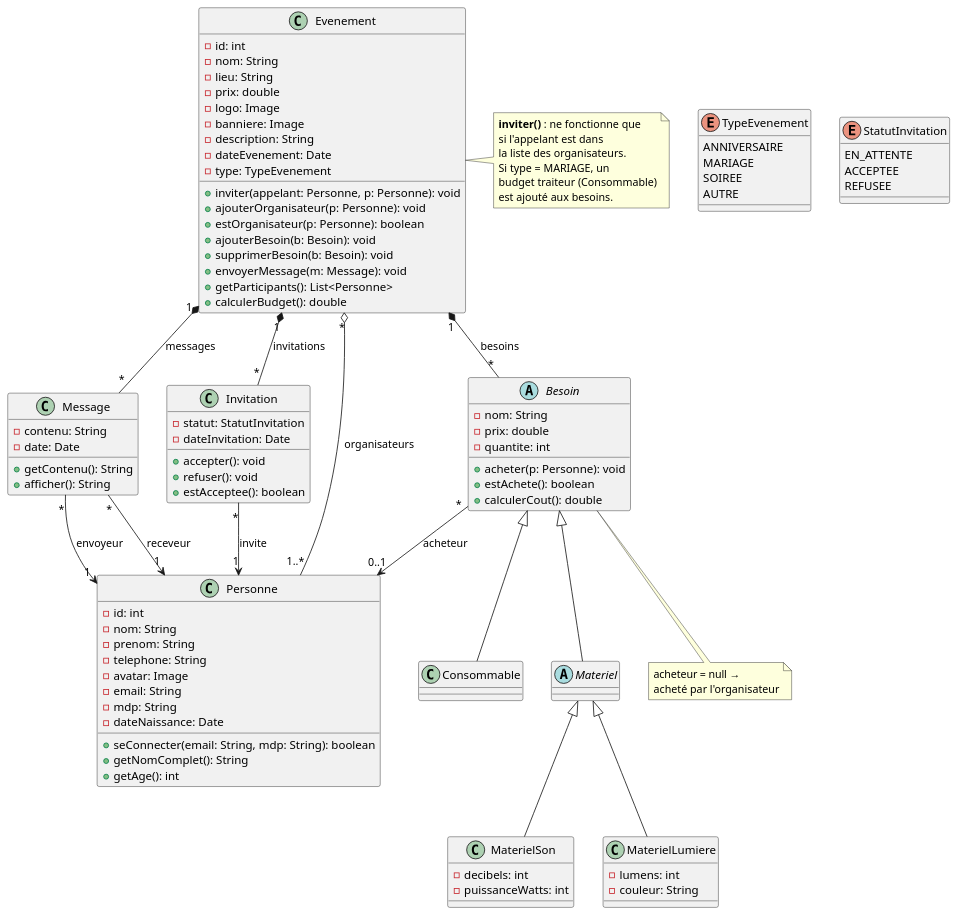
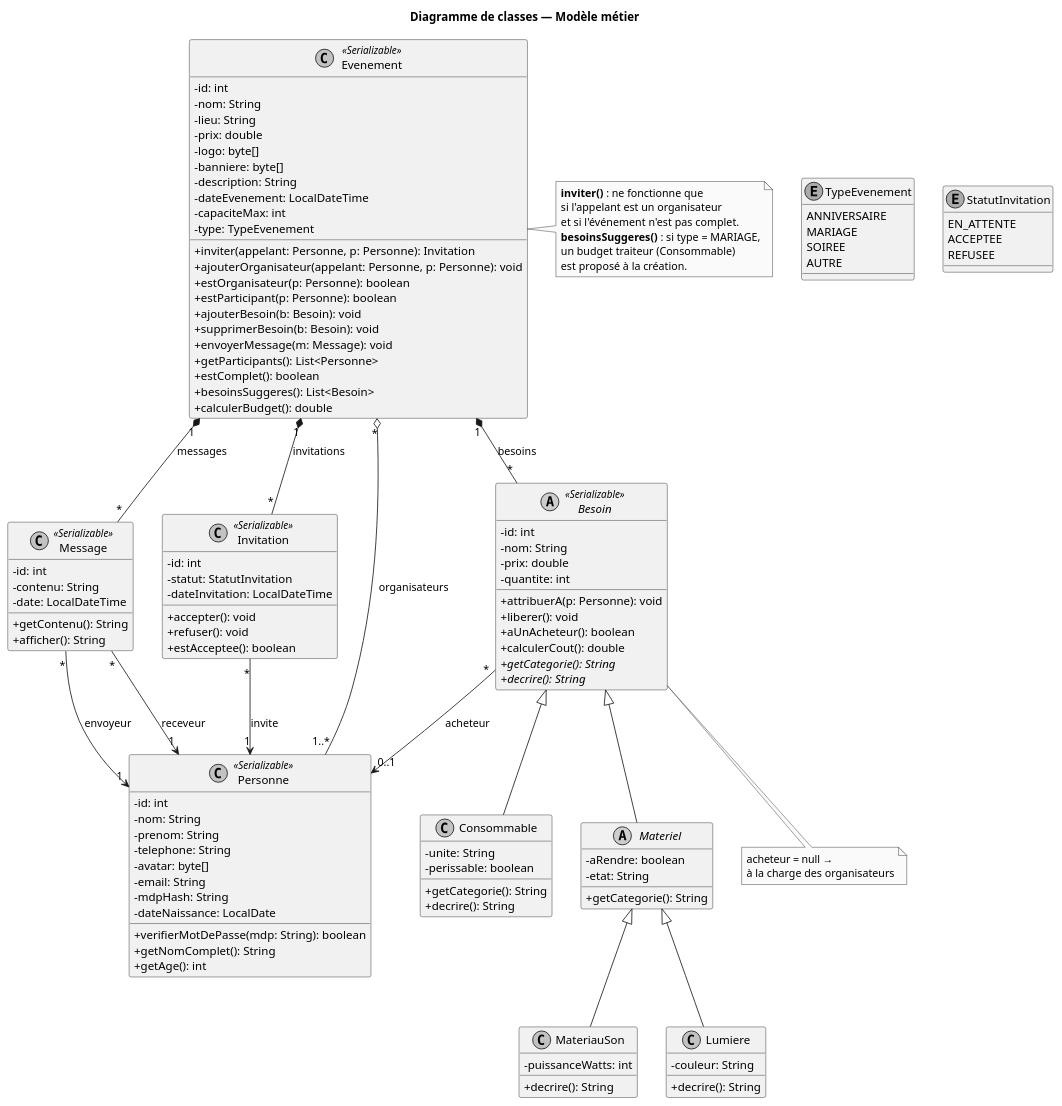
Before and after one commit to Tactiis239/gestion-event: the diagram in doc/uml/classes.puml, drawn with PlantUML. The commit also changed 7 other files, not shown here.

First line of the commit message:
Cahier des charges aligné sur le diagramme de classes

```diff
--- a/doc/uml/classes.puml
+++ b/doc/uml/classes.puml
@@ -1,116 +1,140 @@
 @startuml classes
+skinparam shadowing false
+skinparam monochrome true
+skinparam defaultFontName Helvetica
+skinparam classAttributeIconSize 0
 
-class Evenement {
+title Diagramme de classes — Modèle métier
+
+class Evenement <<Serializable>> {
   -id: int
   -nom: String
   -lieu: String
   -prix: double
-  -logo: Image
-  -banniere: Image
+  -logo: byte[]
+  -banniere: byte[]
   -description: String
-  -dateEvenement: Date
+  -dateEvenement: LocalDateTime
+  -capaciteMax: int
   -type: TypeEvenement
-  +inviter(appelant: Personne, p: Personne): void
-  +ajouterOrganisateur(p: Personne): void
+  +inviter(appelant: Personne, p: Personne): Invitation
+  +ajouterOrganisateur(appelant: Personne, p: Personne): void
   +estOrganisateur(p: Personne): boolean
+  +estParticipant(p: Personne): boolean
   +ajouterBesoin(b: Besoin): void
   +supprimerBesoin(b: Besoin): void
   +envoyerMessage(m: Message): void
   +getParticipants(): List<Personne>
+  +estComplet(): boolean
+  +besoinsSuggeres(): List<Besoin>
   +calculerBudget(): double
 }
 
 enum TypeEvenement {
   ANNIVERSAIRE
   MARIAGE
   SOIREE
   AUTRE
 }
 
-class Message {
+class Message <<Serializable>> {
+  -id: int
   -contenu: String
-  -date: Date
+  -date: LocalDateTime
   +getContenu(): String
   +afficher(): String
 }
 
-class Invitation {
+class Invitation <<Serializable>> {
+  -id: int
   -statut: StatutInvitation
-  -dateInvitation: Date
+  -dateInvitation: LocalDateTime
   +accepter(): void
   +refuser(): void
   +estAcceptee(): boolean
 }
 
 enum StatutInvitation {
   EN_ATTENTE
   ACCEPTEE
   REFUSEE
 }
 
-abstract class Besoin {
+abstract class Besoin <<Serializable>> {
+  -id: int
   -nom: String
   -prix: double
   -quantite: int
-  +acheter(p: Personne): void
-  +estAchete(): boolean
+  +attribuerA(p: Personne): void
+  +liberer(): void
+  +aUnAcheteur(): boolean
   +calculerCout(): double
+  +{abstract} getCategorie(): String
+  +{abstract} decrire(): String
 }
 
 class Consommable {
+  -unite: String
+  -perissable: boolean
+  +getCategorie(): String
+  +decrire(): String
 }
 
-abstract class Materiel
-
-class MaterielSon {
-  -decibels: int
-  -puissanceWatts: int
+abstract class Materiel {
+  -aRendre: boolean
+  -etat: String
+  +getCategorie(): String
 }
 
-class MaterielLumiere {
-  -lumens: int
-  -couleur: String
+class MateriauSon {
+  -puissanceWatts: int
+  +decrire(): String
 }
 
-class Personne {
+class Lumiere {
+  -couleur: String
+  +decrire(): String
+}
+
+class Personne <<Serializable>> {
   -id: int
   -nom: String
   -prenom: String
   -telephone: String
-  -avatar: Image
+  -avatar: byte[]
   -email: String
-  -mdp: String
-  -dateNaissance: Date
-  +seConnecter(email: String, mdp: String): boolean
+  -mdpHash: String
+  -dateNaissance: LocalDate
+  +verifierMotDePasse(mdp: String): boolean
   +getNomComplet(): String
   +getAge(): int
 }
 
 Evenement "*" o-- "1..*" Personne : organisateurs
 Evenement "1" *-- "*" Invitation : invitations
 Evenement "1" *-- "*" Besoin : besoins
 Evenement "1" *-- "*" Message : messages
 
 Message "*" --> "1" Personne : envoyeur
 Message "*" --> "1" Personne : receveur
 Invitation "*" --> "1" Personne : invite
 Besoin "*" --> "0..1" Personne : acheteur
 
 Besoin <|-- Consommable
 Besoin <|-- Materiel
-Materiel <|-- MaterielSon
-Materiel <|-- MaterielLumiere
+Materiel <|-- MateriauSon
+Materiel <|-- Lumiere
 
 note right of Evenement
   **inviter()** : ne fonctionne que
-  si l'appelant est dans
-  la liste des organisateurs.
-  Si type = MARIAGE, un
-  budget traiteur (Consommable)
-  est ajouté aux besoins.
+  si l'appelant est un organisateur
+  et si l'événement n'est pas complet.
+  **besoinsSuggeres()** : si type = MARIAGE,
+  un budget traiteur (Consommable)
+  est proposé à la création.
 end note
 
-note "acheteur = null →\nacheté par l'organisateur" as N2
+note "acheteur = null →\nà la charge des organisateurs" as N2
 Besoin .. N2
 
 @enduml
```
